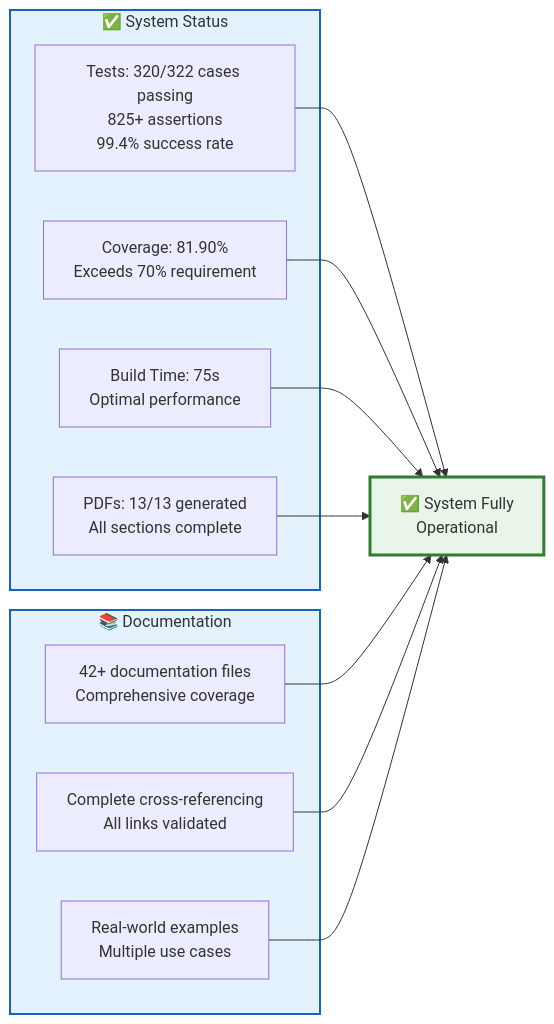
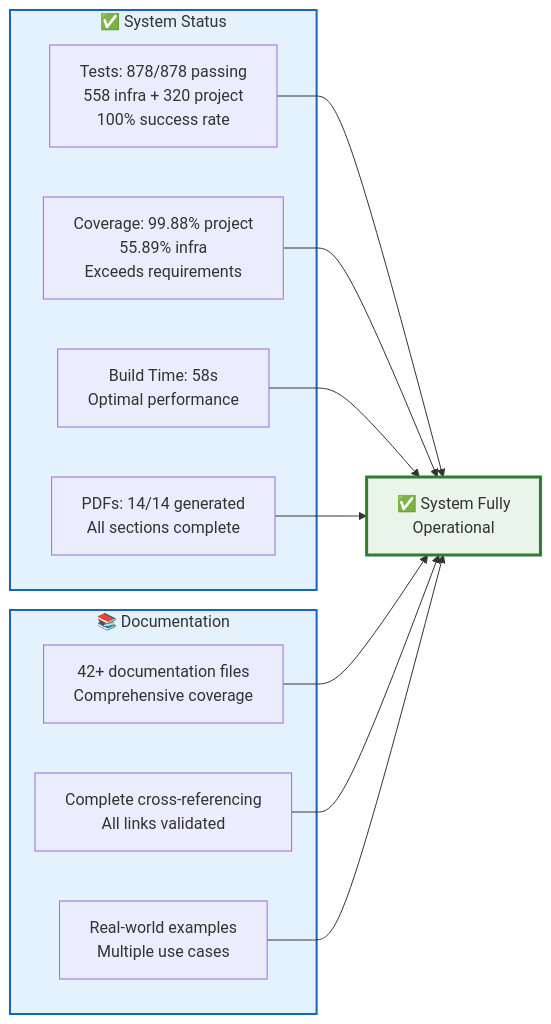
Before and after one commit to docxology/template: the second of 6 diagrams in README.md, drawn with Mermaid. The commit also changed other lines of this file and 132 other files, not shown here.

````diff
--- a/README.md
+++ b/README.md
@@ -183,29 +183,29 @@
 ```mermaid
 graph LR
     subgraph Status["✅ System Status"]
-        TESTS[Tests: 320/322 cases passing<br/>825+ assertions<br/>99.4% success rate]
-        COV[Coverage: 81.90%<br/>Exceeds 70% requirement]
-        BUILD[Build Time: 75s<br/>Optimal performance]
-        PDFS[PDFs: 13/13 generated<br/>All sections complete]
+        TESTS[Tests: 878/878 passing<br/>558 infra + 320 project<br/>100% success rate]
+        COV[Coverage: 99.88% project<br/>55.89% infra<br/>Exceeds requirements]
+        BUILD[Build Time: 58s<br/>Optimal performance]
+        PDFS[PDFs: 14/14 generated<br/>All sections complete]
     end
     
     subgraph Documentation["📚 Documentation"]
         DOCS[42+ documentation files<br/>Comprehensive coverage]
         CROSS[Complete cross-referencing<br/>All links validated]
         EXAMPLES[Real-world examples<br/>Multiple use cases]
     end
     
     TESTS --> VERIFIED[✅ System Fully<br/>Operational]
     COV --> VERIFIED
     BUILD --> VERIFIED
     PDFS --> VERIFIED
     DOCS --> VERIFIED
     CROSS --> VERIFIED
     EXAMPLES --> VERIFIED
     
     classDef success fill:#e8f5e8,stroke:#2e7d32,stroke-width:3px
     classDef metrics fill:#e3f2fd,stroke:#1565c0,stroke-width:2px
     
     class VERIFIED success
     class Status,Documentation metrics
 ```
````
